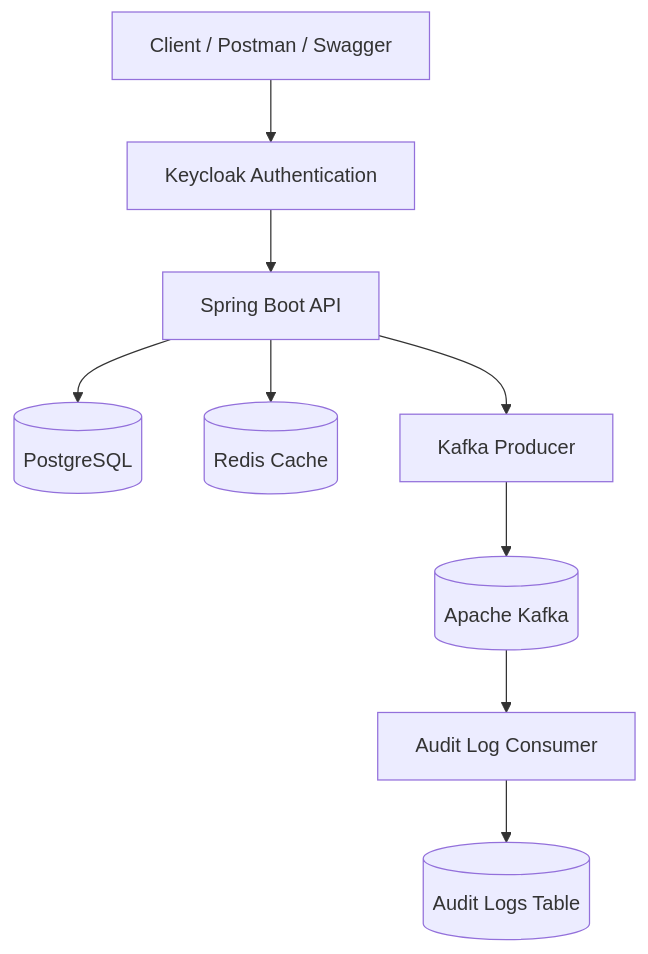
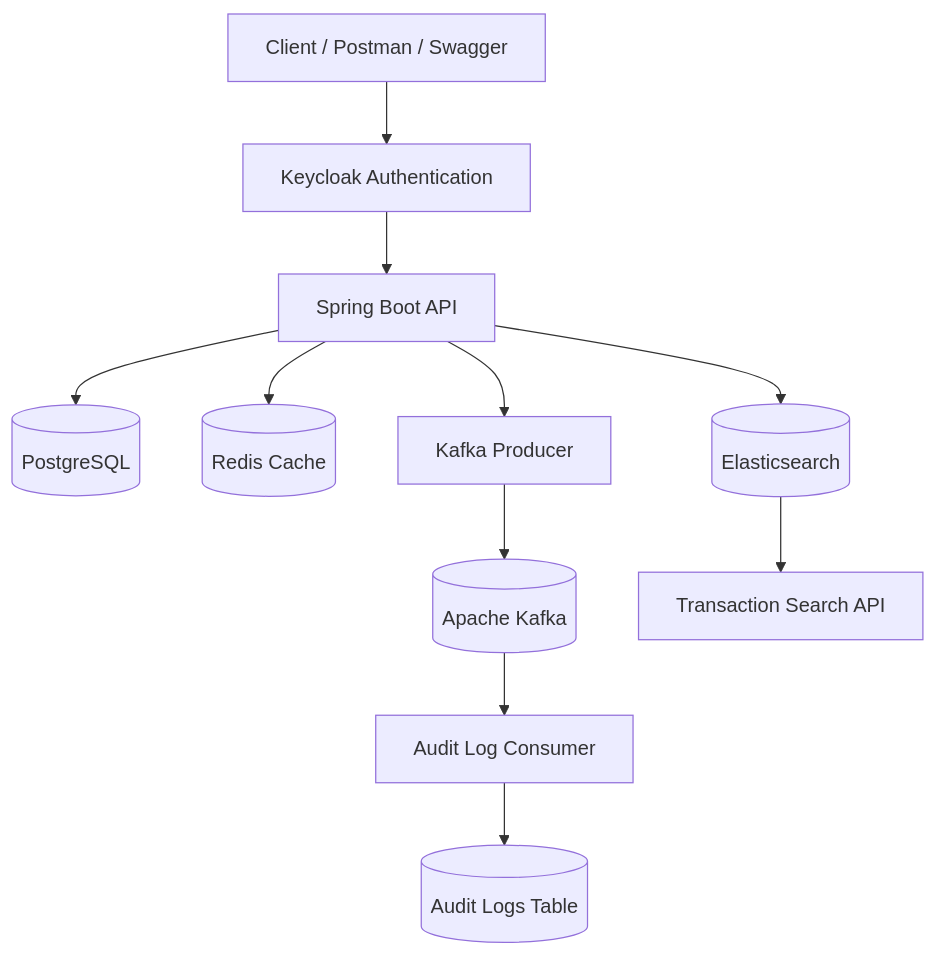
One commit to siddhants4000/enterprise-digital-wallet changed the first of 4 diagrams in README.md. Above: the diagram before and after it, drawn with Mermaid. The commit also changed other lines of this file, not shown here.

Commit message:
Added enterprise documentation and Elasticsearch support

````diff
--- a/README.md
+++ b/README.md
@@ -130,21 +148,25 @@
 ```mermaid
 flowchart TD
 
     Client[Client / Postman / Swagger]
 
     Client --> Keycloak[Keycloak Authentication]
 
     Keycloak --> SpringBoot[Spring Boot API]
 
     SpringBoot --> PostgreSQL[(PostgreSQL)]
 
     SpringBoot --> Redis[(Redis Cache)]
 
     SpringBoot --> KafkaProducer[Kafka Producer]
 
     KafkaProducer --> Kafka[(Apache Kafka)]
 
     Kafka --> KafkaConsumer[Audit Log Consumer]
 
     KafkaConsumer --> AuditLogs[(Audit Logs Table)]
+
+    SpringBoot --> Elasticsearch[(Elasticsearch)]
+
+    Elasticsearch --> SearchAPI[Transaction Search API]
 ```
````
